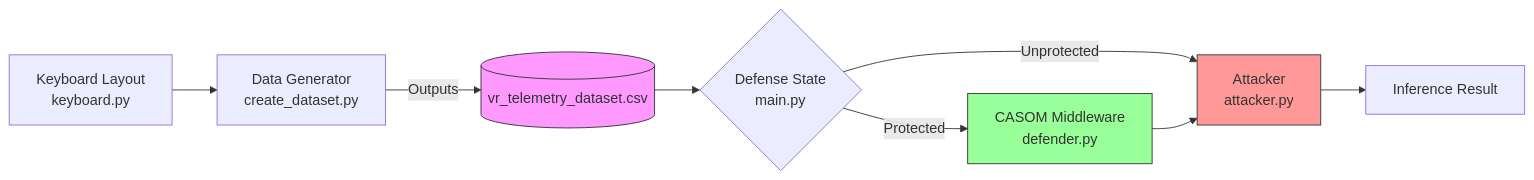
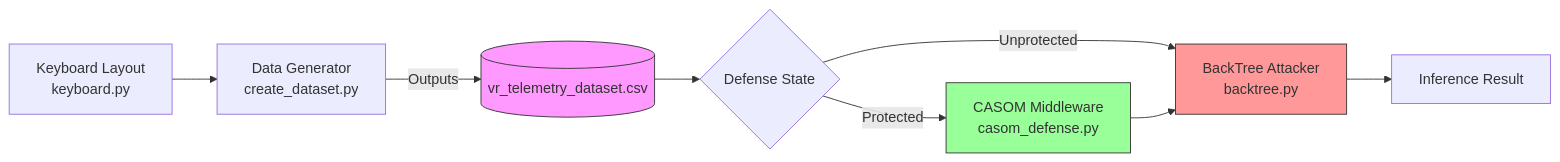
Before and after one commit to AzDevops143/CSIEEE: the second of 2 diagrams in implementation.md, drawn with Mermaid. The commit also changed other lines of this file and 13 other files, not shown here.

````diff
--- a/implementation.md
+++ b/implementation.md
@@ -65,14 +65,14 @@
 ```mermaid
 flowchart LR
     A[Keyboard Layout <br> keyboard.py] --> B[Data Generator <br> create_dataset.py]
     B --> |Outputs| C[(vr_telemetry_dataset.csv)]
-    C --> D{Defense State <br> main.py}
-    D -- Unprotected --> E[Attacker <br> attacker.py]
-    D -- Protected --> F[CASOM Middleware <br> defender.py]
+    C --> D{Defense State}
+    D -- Unprotected --> E[BackTree Attacker <br> backtree.py]
+    D -- Protected --> F[CASOM Middleware <br> casom_defense.py]
     F --> E
     E --> G[Inference Result]
     
     style F fill:#9f9,stroke:#333
     style E fill:#f99,stroke:#333
     style C fill:#f9f,stroke:#333
 ```
````
